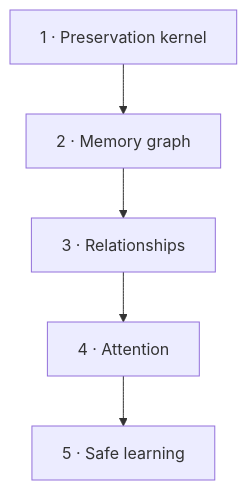
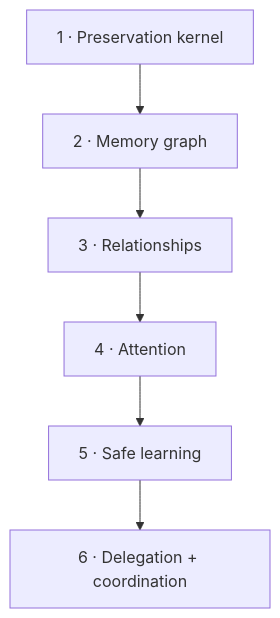
The diagram in docs/roadmap.md (Maykbiletti/AgentSpine), drawn with Mermaid before and after one commit. The commit also changed other lines of this file and 20 other files, not shown here.

````diff
--- a/docs/roadmap.md
+++ b/docs/roadmap.md
@@ -5,7 +5,8 @@
 ```mermaid
 flowchart TB
     A["1 · Preservation kernel"] --> B["2 · Memory graph"]
     B --> C["3 · Relationships"]
     C --> D["4 · Attention"]
     D --> E["5 · Safe learning"]
+    E --> F["6 · Delegation + coordination"]
 ```
````
